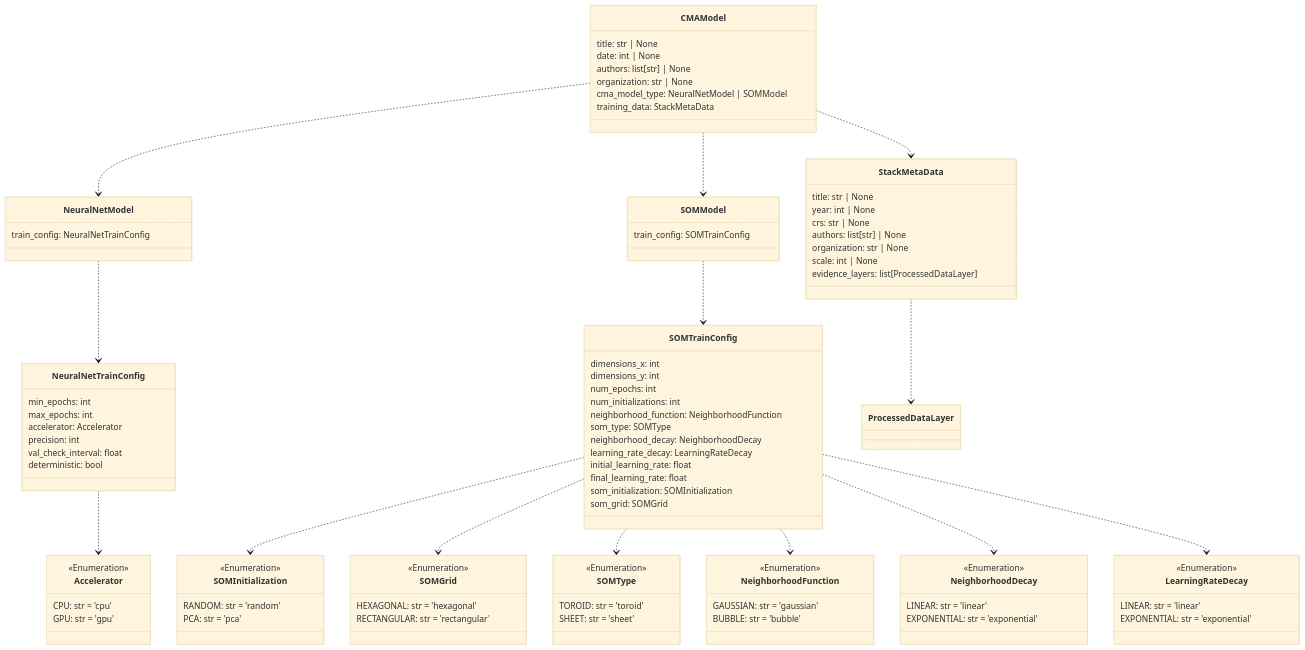
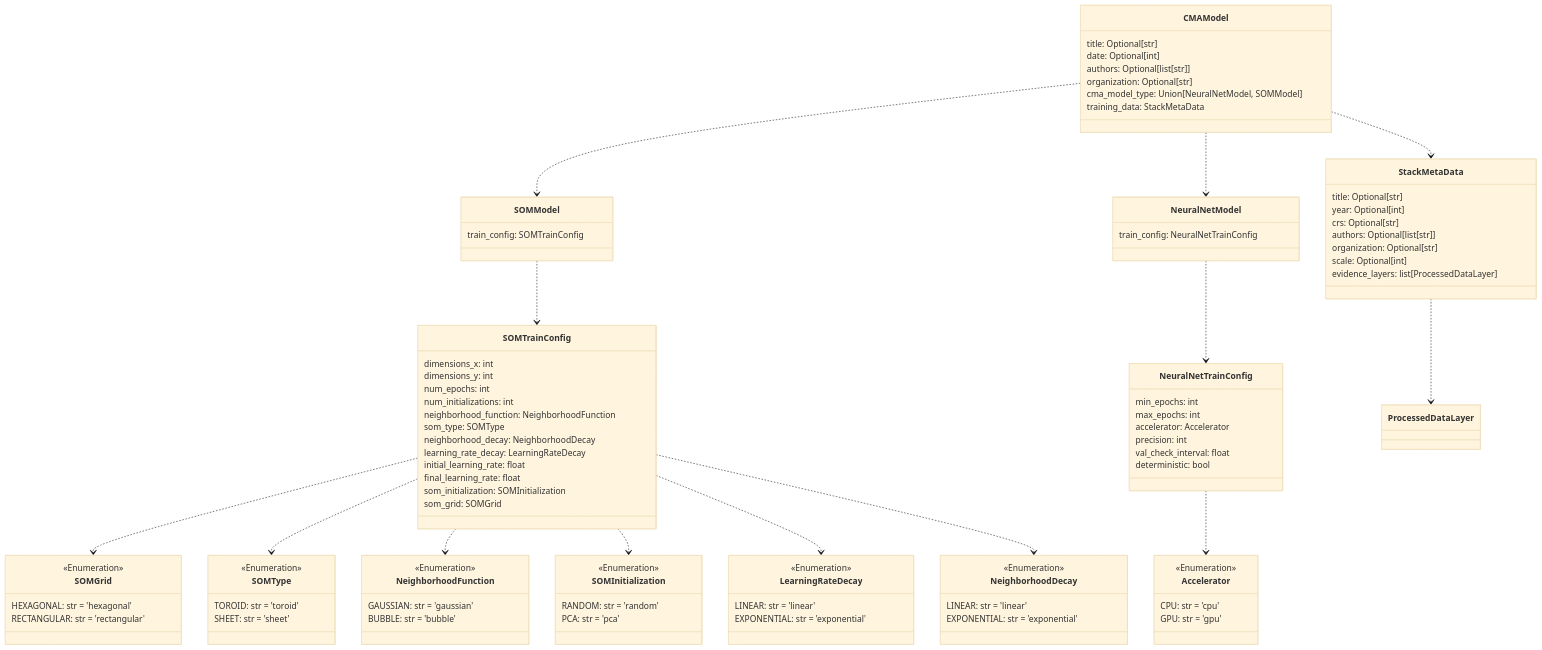
Diagram 14 of 14 in README.md (DARPA-CRITICALMAAS/cdr_schemas), drawn with Mermaid (base theme) before and after one commit. The commit also changed other lines of this file and 1 other file, not shown here.

````diff
--- a/README.md
+++ b/README.md
@@ -1096,14 +1051,5 @@
 ```mermaid
 classDiagram
-
-    class CMAModel {
-        title: str | None
-        date: int | None
-        authors: list[str] | None
-        organization: str | None
-        cma_model_type: NeuralNetModel | SOMModel
-        training_data: StackMetaData
-    }
 
     class SOMGrid {
         <<Enumeration>>
@@ -1111,24 +1057,40 @@
         RECTANGULAR: str = 'rectangular'
     }
 
-    class NeuralNetModel {
-        train_config: NeuralNetTrainConfig
+    class SOMType {
+        <<Enumeration>>
+        TOROID: str = 'toroid'
+        SHEET: str = 'sheet'
     }
 
-    class Accelerator {
-        <<Enumeration>>
-        CPU: str = 'cpu'
-        GPU: str = 'gpu'
+    class CMAModel {
+        title: Optional[str]
+        date: Optional[int]
+        authors: Optional[list[str]]
+        organization: Optional[str]
+        cma_model_type: Union[NeuralNetModel, SOMModel]
+        training_data: StackMetaData
     }
 
-    class StackMetaData {
-        title: str | None
-        year: int | None
-        crs: str | None
-        authors: list[str] | None
-        organization: str | None
-        scale: int | None
-        evidence_layers: list[ProcessedDataLayer]
+    class NeighborhoodFunction {
+        <<Enumeration>>
+        GAUSSIAN: str = 'gaussian'
+        BUBBLE: str = 'bubble'
+    }
+
+    class NeuralNetTrainConfig {
+        min_epochs: int
+        max_epochs: int
+        accelerator: Accelerator
+        precision: int
+        val_check_interval: float
+        deterministic: bool
+    }
+
+    class SOMInitialization {
+        <<Enumeration>>
+        RANDOM: str = 'random'
+        PCA: str = 'pca'
     }
 
     class SOMModel {
@@ -1141,10 +1103,20 @@
         EXPONENTIAL: str = 'exponential'
     }
 
-    class LearningRateDecay {
+    class Accelerator {
         <<Enumeration>>
-        LINEAR: str = 'linear'
-        EXPONENTIAL: str = 'exponential'
+        CPU: str = 'cpu'
+        GPU: str = 'gpu'
+    }
+
+    class StackMetaData {
+        title: Optional[str]
+        year: Optional[int]
+        crs: Optional[str]
+        authors: Optional[list[str]]
+        organization: Optional[str]
+        scale: Optional[int]
+        evidence_layers: list[ProcessedDataLayer]
     }
 
     class SOMTrainConfig {
@@ -1162,46 +1134,29 @@
         som_grid: SOMGrid
     }
 
-    class SOMInitialization {
-        <<Enumeration>>
-        RANDOM: str = 'random'
-        PCA: str = 'pca'
+    class NeuralNetModel {
+        train_config: NeuralNetTrainConfig
     }
 
-    class SOMType {
+    class LearningRateDecay {
         <<Enumeration>>
-        TOROID: str = 'toroid'
-        SHEET: str = 'sheet'
-    }
-
-    class NeighborhoodFunction {
-        <<Enumeration>>
-        GAUSSIAN: str = 'gaussian'
-        BUBBLE: str = 'bubble'
-    }
-
-    class NeuralNetTrainConfig {
-        min_epochs: int
-        max_epochs: int
-        accelerator: Accelerator
-        precision: int
-        val_check_interval: float
-        deterministic: bool
+        LINEAR: str = 'linear'
+        EXPONENTIAL: str = 'exponential'
     }
 
     StackMetaData ..> ProcessedDataLayer
     NeuralNetTrainConfig ..> Accelerator
-    SOMTrainConfig ..> SOMInitialization
     SOMTrainConfig ..> SOMGrid
     SOMTrainConfig ..> SOMType
     SOMTrainConfig ..> NeighborhoodFunction
+    SOMTrainConfig ..> SOMInitialization
+    SOMTrainConfig ..> LearningRateDecay
     SOMTrainConfig ..> NeighborhoodDecay
-    SOMTrainConfig ..> LearningRateDecay
     NeuralNetModel ..> NeuralNetTrainConfig
     SOMModel ..> SOMTrainConfig
+    CMAModel ..> SOMModel
     CMAModel ..> StackMetaData
     CMAModel ..> NeuralNetModel
-    CMAModel ..> SOMModel
 
 
 ```
````
